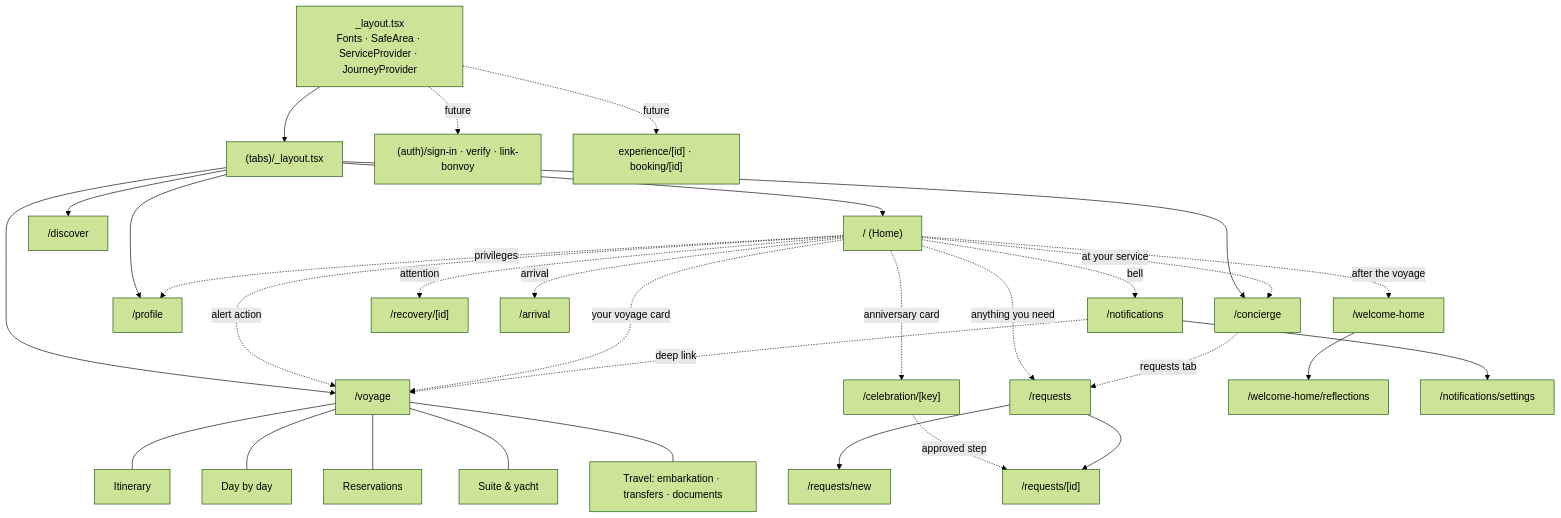
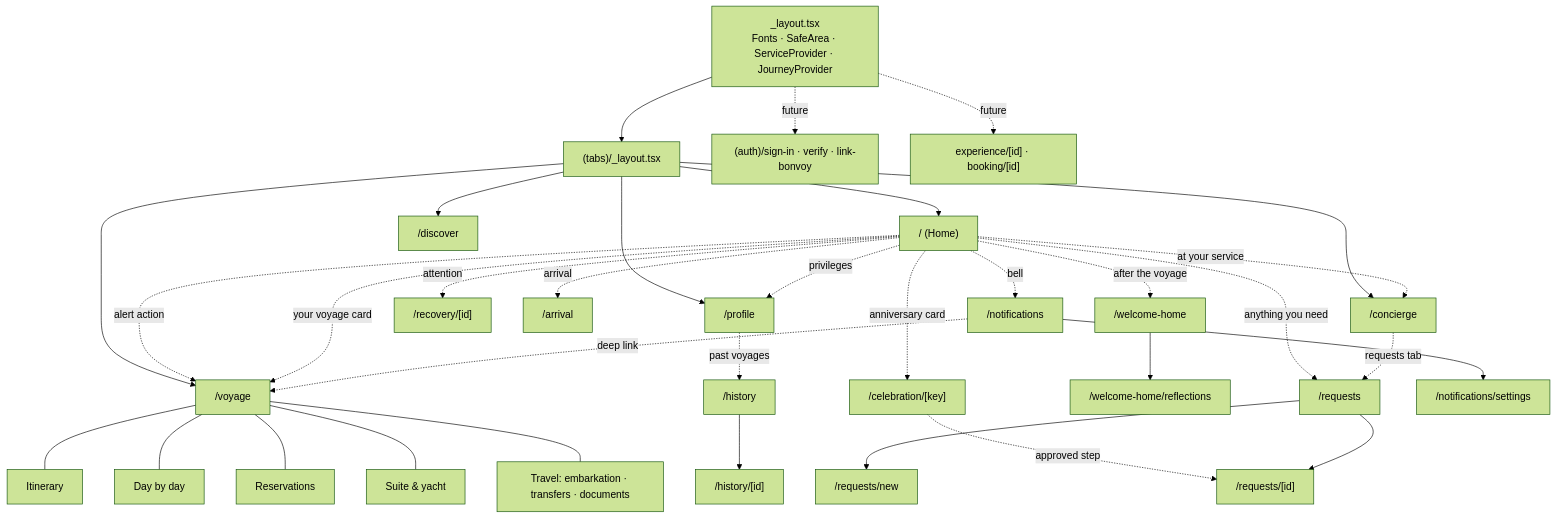
The diagram in docs/08-navigation-model.md (Romulus61265/RCYC-Loyalty-App), drawn with Mermaid (forest theme) before and after one commit. The commit also changed other lines of this file and 55 other files, not shown here.

First line of the commit message:
Add voyage history and privacy-conscious product analytics

````diff
--- a/docs/08-navigation-model.md
+++ b/docs/08-navigation-model.md
@@ -5,36 +5,38 @@
 ```mermaid
 flowchart TB
   Root["_layout.tsx<br/>Fonts · SafeArea · ServiceProvider · JourneyProvider"] --> Tabs["(tabs)/_layout.tsx"]
   Tabs --> Home["/ (Home)"]
   Tabs --> Voyage["/voyage"]
   Tabs --> Discover["/discover"]
   Tabs --> Concierge["/concierge"]
   Tabs --> Profile["/profile"]
 
   Voyage --- V1[Itinerary]
   Voyage --- V2[Day by day]
   Voyage --- V3[Reservations]
   Voyage --- V4[Suite & yacht]
   Voyage --- V5[Travel: embarkation · transfers · documents]
 
   Home -.alert action.-> Voyage
   Home -.privileges.-> Profile
   Home -.your voyage card.-> Voyage
   Home -.at your service.-> Concierge
   Home -.anniversary card.-> Celebration["/celebration/[key]"]
   Home -.anything you need.-> Requests["/requests"]
   Home -.bell.-> Notifications["/notifications"]
   Home -.attention.-> Recovery["/recovery/[id]"]
   Home -.arrival.-> Arrival["/arrival"]
   Home -.after the voyage.-> WelcomeHome["/welcome-home"]
   WelcomeHome --> Reflections["/welcome-home/reflections"]
+  Profile -.past voyages.-> History["/history"]
+  History --> PastVoyage["/history/[id]"]
   Notifications --> NotificationSettings["/notifications/settings"]
   Notifications -.deep link.-> Voyage
   Concierge -.requests tab.-> Requests
   Celebration -.approved step.-> Request
   Requests --> NewRequest["/requests/new"]
   Requests --> Request["/requests/[id]"]
 
   Root -. future .-> Auth["(auth)/sign-in · verify · link-bonvoy"]
   Root -. future .-> Modals["experience/[id] · booking/[id]"]
 ```
````
